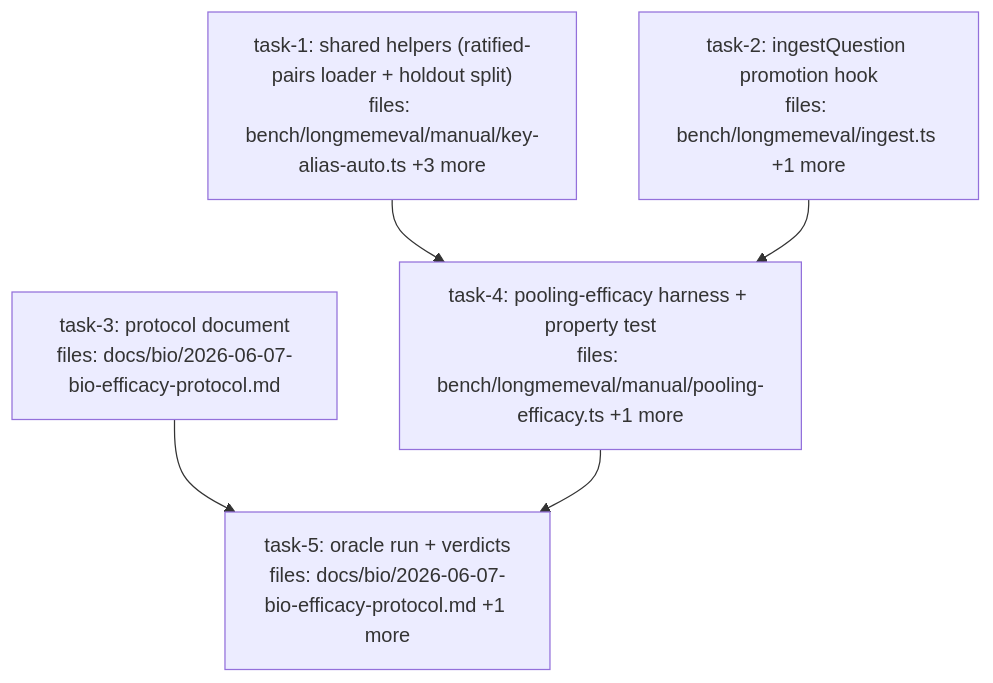
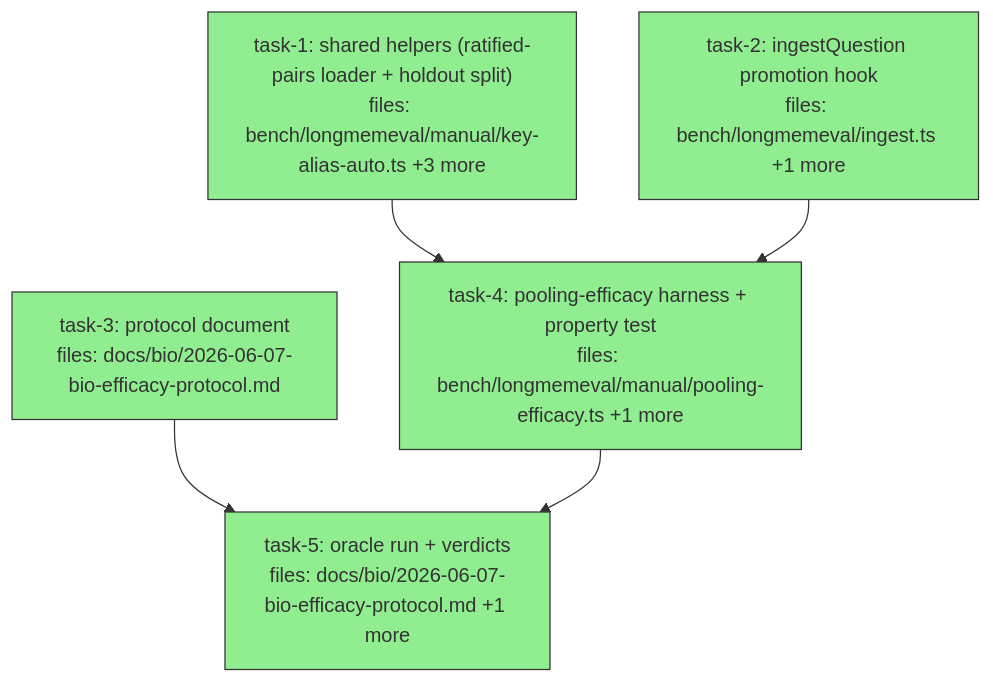
The diagram in docs/superpowers/plans/2026-06-07-bio-efficacy-instrument-dag.md (BrettNye/Mneme), drawn with Mermaid before and after one commit. The commit also changed other lines of this file and 1 other file, not shown here.

Commit message:
docs(bio,plan): P2 open-question note + DAG 5/5 done
Quality-review suggestion: P2 deviation marked uninvestigated
(candidate mechanisms registered, not confirmed). Final gate green:
1,691 tests + tsc clean.

````diff
--- a/docs/superpowers/plans/2026-06-07-bio-efficacy-instrument-dag.md
+++ b/docs/superpowers/plans/2026-06-07-bio-efficacy-instrument-dag.md
@@ -6,18 +6,18 @@
 ```mermaid
 flowchart TD
-    task-1["task-1: shared helpers (ratified-pairs loader + holdout split)<br/>files: bench/longmemeval/manual/key-alias-auto.ts +3 more"]
-    task-2["task-2: ingestQuestion promotion hook<br/>files: bench/longmemeval/ingest.ts +1 more"]
-    task-3["task-3: protocol document<br/>files: docs/bio/2026-06-07-bio-efficacy-protocol.md"]
-    task-4["task-4: pooling-efficacy harness + property test<br/>files: bench/longmemeval/manual/pooling-efficacy.ts +1 more"]
-    task-5["task-5: oracle run + verdicts<br/>files: docs/bio/2026-06-07-bio-efficacy-protocol.md +1 more"]
+    task-1["task-1: shared helpers (ratified-pairs loader + holdout split)<br/>files: bench/longmemeval/manual/key-alias-auto.ts +3 more"]:::done
+    task-2["task-2: ingestQuestion promotion hook<br/>files: bench/longmemeval/ingest.ts +1 more"]:::done
+    task-3["task-3: protocol document<br/>files: docs/bio/2026-06-07-bio-efficacy-protocol.md"]:::done
+    task-4["task-4: pooling-efficacy harness + property test<br/>files: bench/longmemeval/manual/pooling-efficacy.ts +1 more"]:::done
+    task-5["task-5: oracle run + verdicts<br/>files: docs/bio/2026-06-07-bio-efficacy-protocol.md +1 more"]:::done
     task-1 --> task-4
     task-2 --> task-4
     task-3 --> task-5
     task-4 --> task-5
 
     classDef done fill:#90ee90,stroke:#333
     classDef ready fill:#fffacd,stroke:#333
     classDef running fill:#87ceeb,stroke:#333
     classDef failed fill:#ffb6c1,stroke:#333
     classDef skipped fill:#d3d3d3,stroke:#333,stroke-dasharray: 5 5
 ```
````
